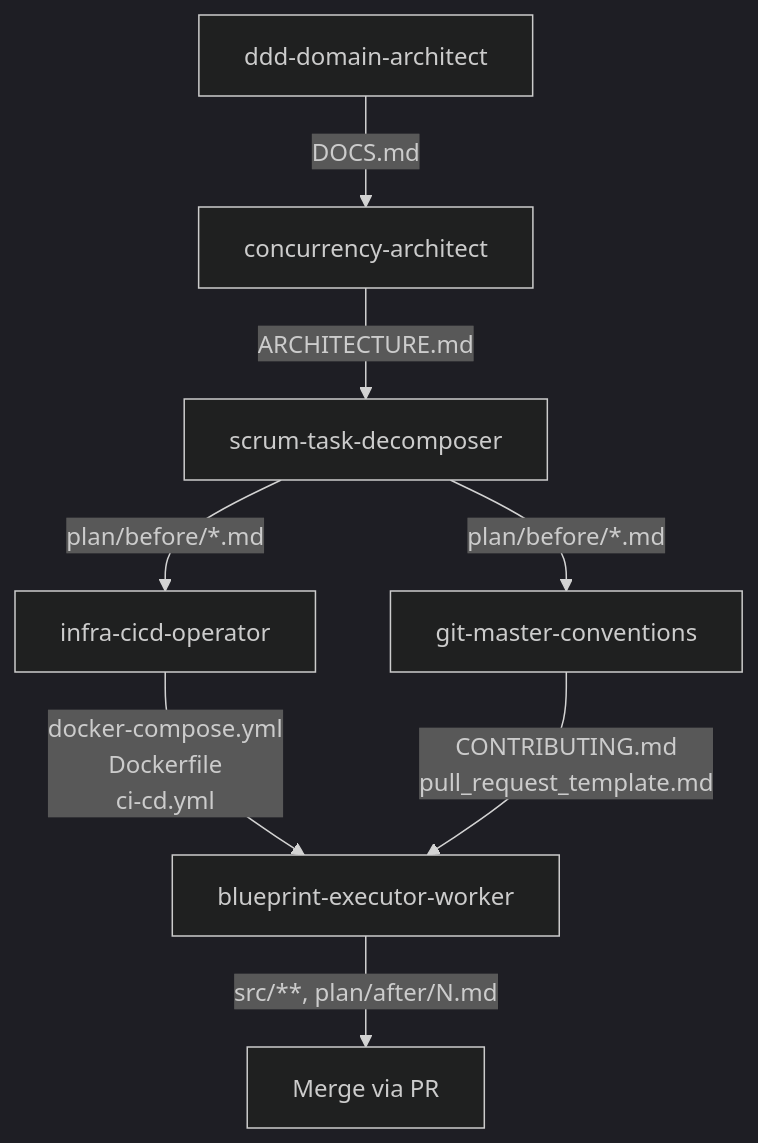
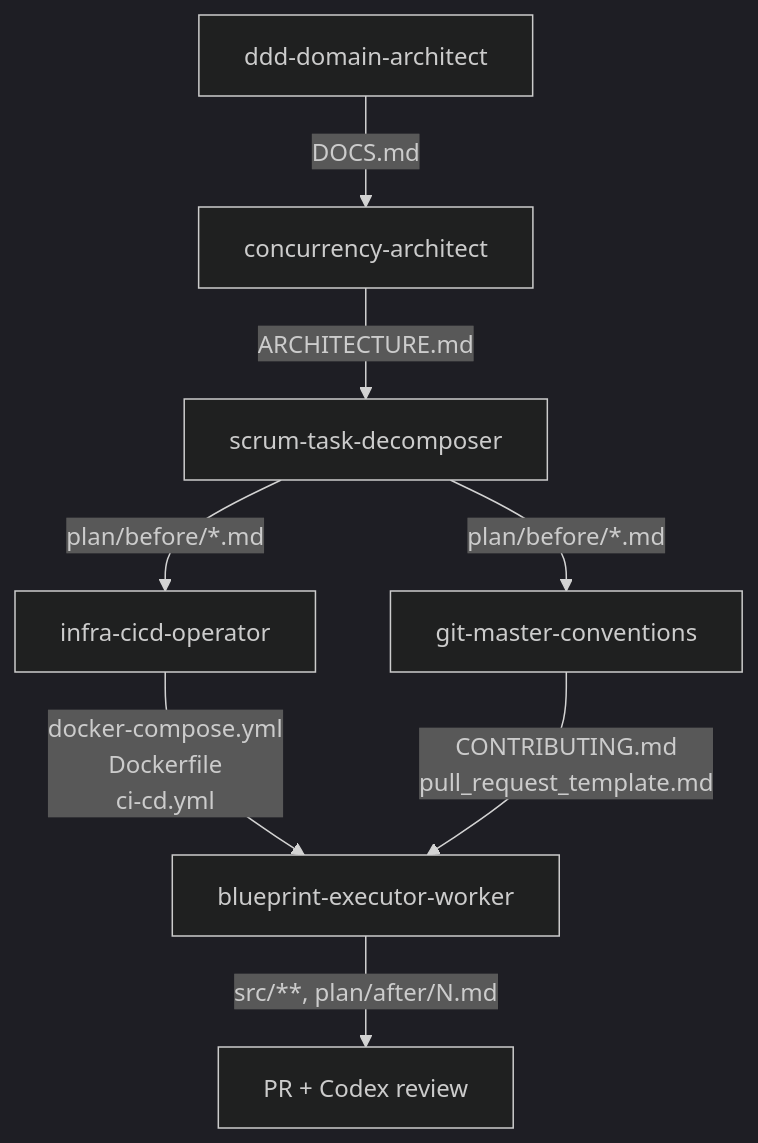
The diagram in AGENTS-SKILLS-HARNESS.md (corinB/live-class), drawn with Mermaid (dark theme) before and after one commit. The commit also changed other lines of this file and 5 other files, not shown here.

First line of the commit message:
docs(harness): split harness guide into reference architecture migration

````diff
--- a/AGENTS-SKILLS-HARNESS.md
+++ b/AGENTS-SKILLS-HARNESS.md
@@ -48,10 +14,10 @@
 ```mermaid
 graph TD
     A[ddd-domain-architect] -->|DOCS.md| B[concurrency-architect]
     B -->|ARCHITECTURE.md| C[scrum-task-decomposer]
     C -->|plan/before/*.md| D[infra-cicd-operator]
     C -->|plan/before/*.md| E[git-master-conventions]
     D -->|docker-compose.yml<br/>Dockerfile<br/>ci-cd.yml| F[blueprint-executor-worker]
     E -->|CONTRIBUTING.md<br/>pull_request_template.md| F
-    F -->|src/**, plan/after/N.md| G[Merge via PR]
+    F -->|src/**, plan/after/N.md| G[PR + Codex review]
 ```
````
